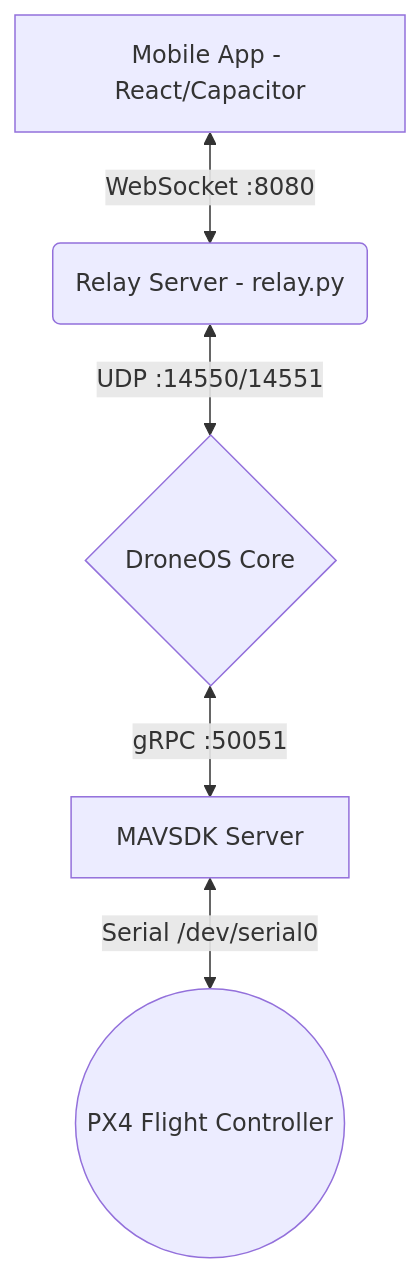
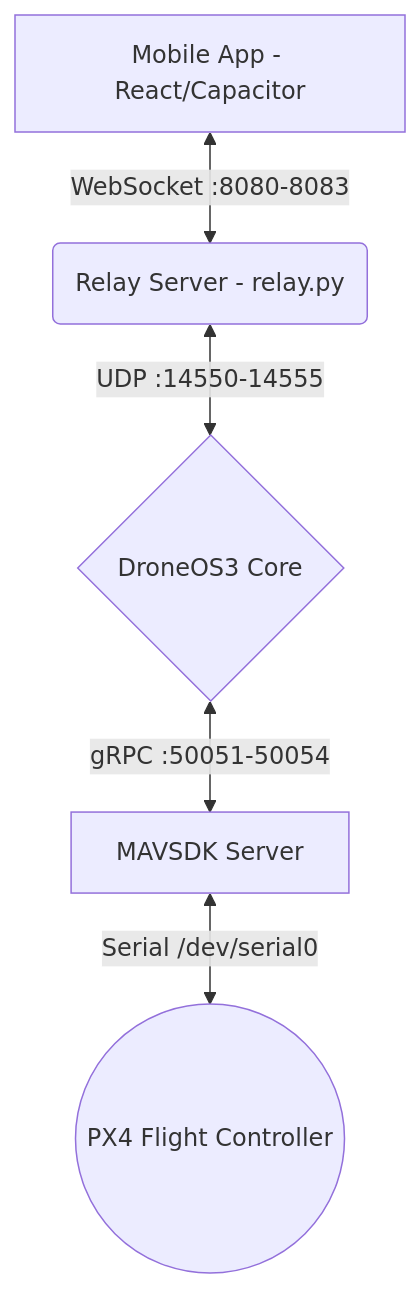
One commit to Debanshu2005/DroneSwarm changed the diagram in README.md. Above: the diagram before and after it, drawn with Mermaid. The commit also changed other lines of this file, not shown here.

````diff
--- a/README.md
+++ b/README.md
@@ -15,7 +15,7 @@
 ```mermaid
 graph TD
-    A[Mobile App - React/Capacitor] <-->|WebSocket :8080| B(Relay Server - relay.py)
-    B <-->|UDP :14550/14551| C{DroneOS Core}
-    C <-->|gRPC :50051| D[MAVSDK Server]
+    A[Mobile App - React/Capacitor] <-->|WebSocket :8080-8083| B(Relay Server - relay.py)
+    B <-->|UDP :14550-14555| C{DroneOS3 Core}
+    C <-->|gRPC :50051-50054| D[MAVSDK Server]
     D <-->|Serial /dev/serial0| E((PX4 Flight Controller))
 ```
````
